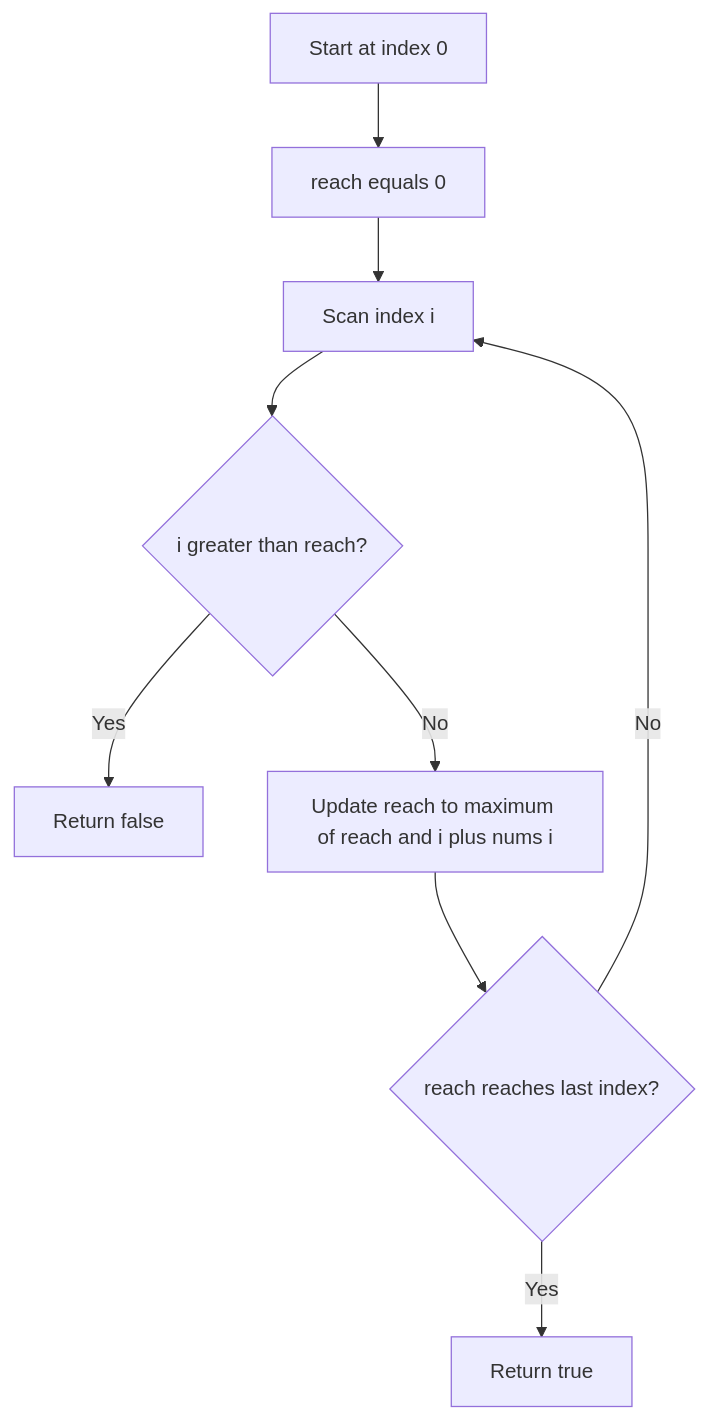
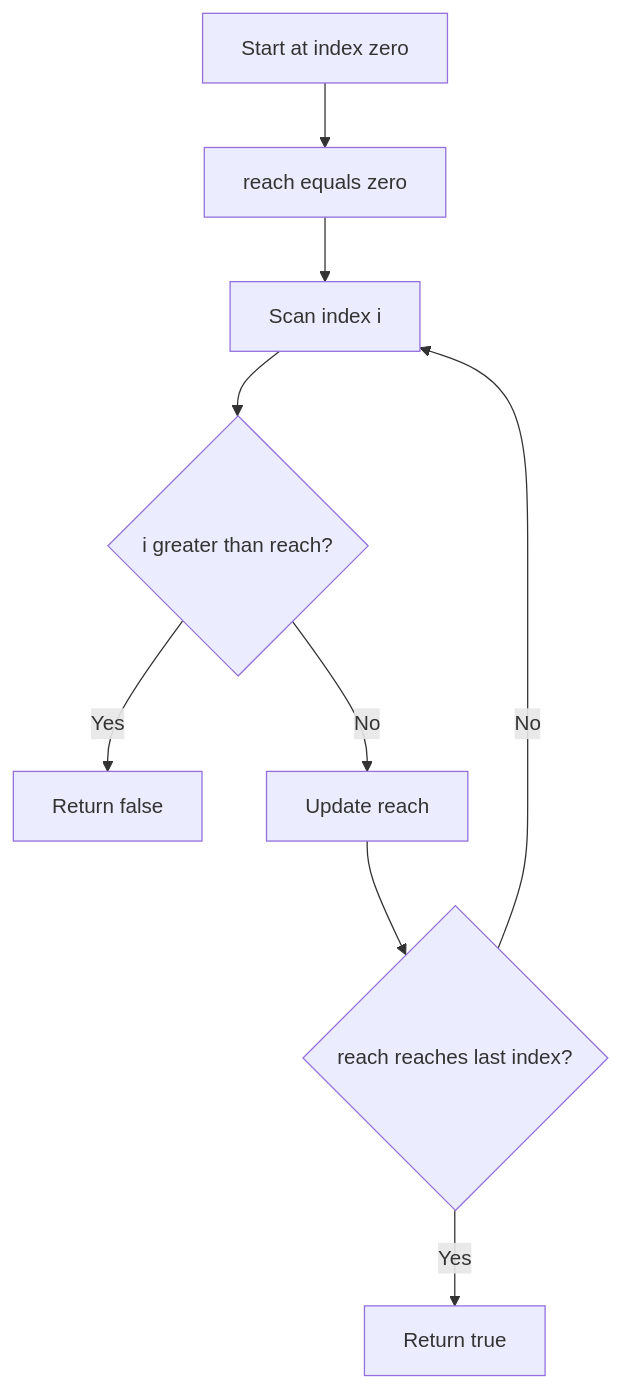
The eighth of 22 diagrams in CP_DSA_NOTES/CONCEPT_FRAMEWORK_FORMS_TATICS/010_GREEDY_CFFT.md (mthaiseer/springcloud-systemdesign-notes), drawn with Mermaid before and after one commit. The commit also changed other lines of this file and 1 other file, not shown here.

````diff
--- a/CP_DSA_NOTES/CONCEPT_FRAMEWORK_FORMS_TATICS/010_GREEDY_CFFT.md
+++ b/CP_DSA_NOTES/CONCEPT_FRAMEWORK_FORMS_TATICS/010_GREEDY_CFFT.md
@@ -309,11 +417,11 @@
 ```mermaid
 flowchart TD
-    A[Start at index 0] --> B[reach equals 0]
+    A[Start at index zero] --> B[reach equals zero]
     B --> C[Scan index i]
     C --> D{i greater than reach?}
     D -->|Yes| E[Return false]
-    D -->|No| F[Update reach to maximum of reach and i plus nums i]
+    D -->|No| F[Update reach]
     F --> G{reach reaches last index?}
     G -->|Yes| H[Return true]
     G -->|No| C
 ```
````
